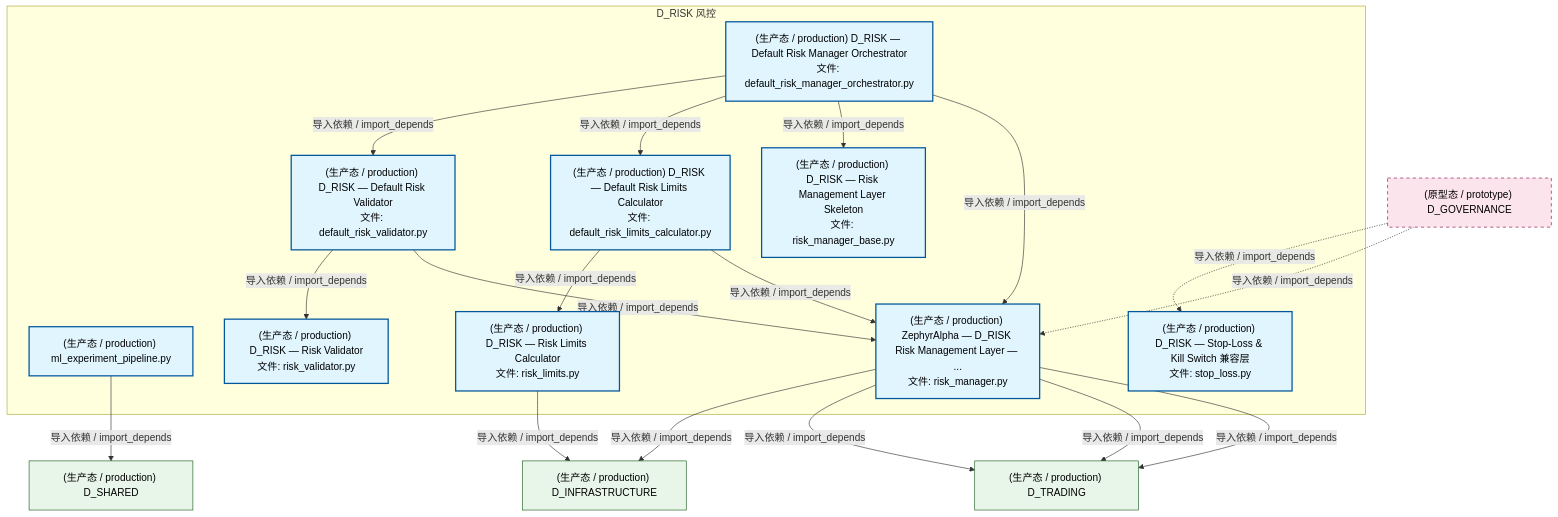
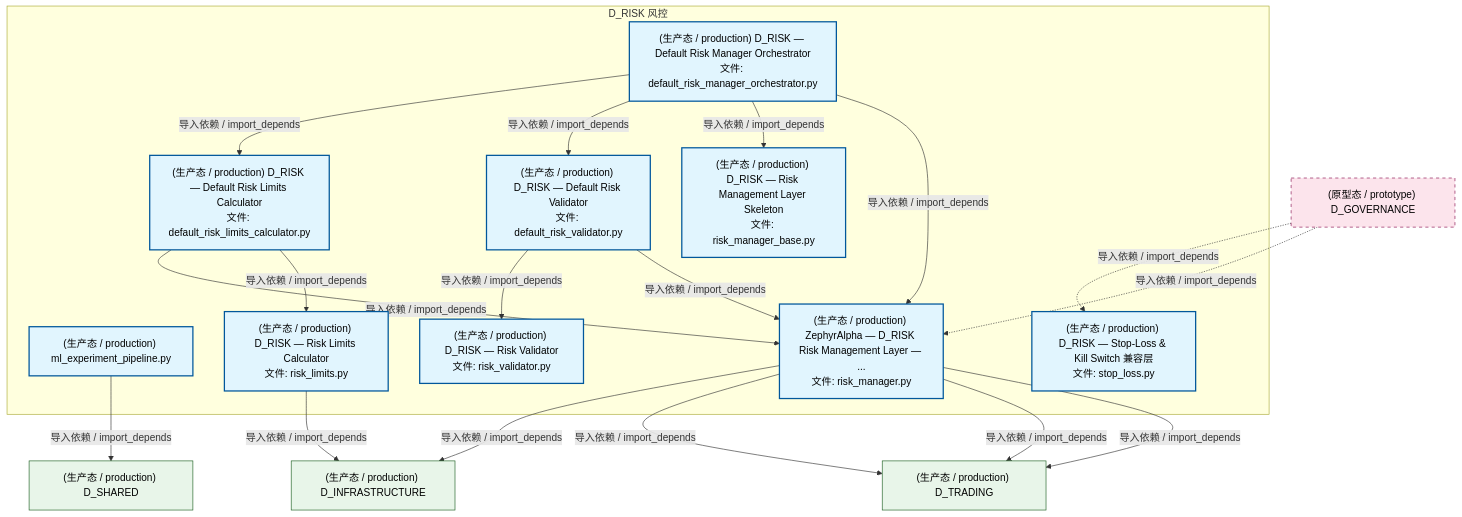
One commit to xuanFelixVan/ZephyrAlpha changed the second of 4 diagrams in docs/02_enterprise_architecture/02_domain_architecture_docs/54_d_risk.md. Above: the diagram before and after it, drawn with Mermaid. The commit also changed other lines of this file and 96 other files, not shown here.

````diff
--- a/docs/02_enterprise_architecture/02_domain_architecture_docs/54_d_risk.md
+++ b/docs/02_enterprise_architecture/02_domain_architecture_docs/54_d_risk.md
@@ -133,41 +133,41 @@
 ```mermaid
 graph TD
     subgraph D_RISK["D_RISK 风控"]
         src_zephyr_risk_cross_asset_cross_market_data_adapter_ml_experiment_pipeline_py["(生产态 / production) ml_experiment_pipeline.py"]
         src_zephyr_risk_implementations_default_risk_limits_calculator_py["(生产态 / production) D_RISK — Default Risk Limits Calculator<br/>文件: default_risk_limits_calculator.py"]
         src_zephyr_risk_implementations_default_risk_manager_orchestrator_py["(生产态 / production) D_RISK — Default Risk Manager Orchestrator<br/>文件: default_risk_manager_orchestrator.py"]
         src_zephyr_risk_implementations_default_risk_validator_py["(生产态 / production) D_RISK — Default Risk Validator<br/>文件: default_risk_validator.py"]
         src_zephyr_risk_risk_limits_py["(生产态 / production) D_RISK — Risk Limits Calculator<br/>文件: risk_limits.py"]
         src_zephyr_risk_risk_manager_py["(生产态 / production) ZephyrAlpha — D_RISK Risk Management Layer — ...<br/>文件: risk_manager.py"]
         src_zephyr_risk_risk_manager_base_py["(生产态 / production) D_RISK — Risk Management Layer Skeleton<br/>文件: risk_manager_base.py"]
         src_zephyr_risk_risk_validator_py["(生产态 / production) D_RISK — Risk Validator<br/>文件: risk_validator.py"]
         src_zephyr_risk_stop_loss_py["(生产态 / production) D_RISK — Stop-Loss & Kill Switch 兼容层<br/>文件: stop_loss.py"]
     end
+    src_zephyr_risk_implementations_default_risk_validator_py -->|导入依赖 / import_depends| src_zephyr_risk_risk_manager_py
+    src_zephyr_risk_implementations_default_risk_validator_py -->|导入依赖 / import_depends| src_zephyr_risk_risk_validator_py
+    src_zephyr_risk_implementations_default_risk_limits_calculator_py -->|导入依赖 / import_depends| src_zephyr_risk_risk_limits_py
+    src_zephyr_risk_implementations_default_risk_limits_calculator_py -->|导入依赖 / import_depends| src_zephyr_risk_risk_manager_py
     src_zephyr_risk_implementations_default_risk_manager_orchestrator_py -->|导入依赖 / import_depends| src_zephyr_risk_risk_manager_py
     src_zephyr_risk_implementations_default_risk_manager_orchestrator_py -->|导入依赖 / import_depends| src_zephyr_risk_risk_manager_base_py
+    src_zephyr_risk_implementations_default_risk_manager_orchestrator_py -->|导入依赖 / import_depends| src_zephyr_risk_implementations_default_risk_validator_py
     src_zephyr_risk_implementations_default_risk_manager_orchestrator_py -->|导入依赖 / import_depends| src_zephyr_risk_implementations_default_risk_limits_calculator_py
-    src_zephyr_risk_implementations_default_risk_manager_orchestrator_py -->|导入依赖 / import_depends| src_zephyr_risk_implementations_default_risk_validator_py
-    src_zephyr_risk_implementations_default_risk_limits_calculator_py -->|导入依赖 / import_depends| src_zephyr_risk_risk_manager_py
-    src_zephyr_risk_implementations_default_risk_limits_calculator_py -->|导入依赖 / import_depends| src_zephyr_risk_risk_limits_py
-    src_zephyr_risk_implementations_default_risk_validator_py -->|导入依赖 / import_depends| src_zephyr_risk_risk_manager_py
-    src_zephyr_risk_implementations_default_risk_validator_py -->|导入依赖 / import_depends| src_zephyr_risk_risk_validator_py
     D_TRADING["(生产态 / production) D_TRADING"]
+    src_zephyr_risk_risk_manager_py -->|导入依赖 / import_depends| D_TRADING
+    src_zephyr_risk_risk_manager_py -->|导入依赖 / import_depends| D_TRADING
     src_zephyr_risk_risk_manager_py -->|导入依赖 / import_depends| D_TRADING
     D_INFRASTRUCTURE["(生产态 / production) D_INFRASTRUCTURE"]
     src_zephyr_risk_risk_limits_py -->|导入依赖 / import_depends| D_INFRASTRUCTURE
-    src_zephyr_risk_risk_manager_py -->|导入依赖 / import_depends| D_TRADING
-    src_zephyr_risk_risk_manager_py -->|导入依赖 / import_depends| D_TRADING
     src_zephyr_risk_risk_manager_py -->|导入依赖 / import_depends| D_INFRASTRUCTURE
     D_SHARED["(生产态 / production) D_SHARED"]
     src_zephyr_risk_cross_asset_cross_market_data_adapter_ml_experiment_pipeline_py -->|导入依赖 / import_depends| D_SHARED
     D_GOVERNANCE["(原型态 / prototype) D_GOVERNANCE"]
     D_GOVERNANCE -.->|导入依赖 / import_depends| src_zephyr_risk_risk_manager_py
     D_GOVERNANCE -.->|导入依赖 / import_depends| src_zephyr_risk_stop_loss_py
     classDef production fill:#e1f5fe,stroke:#01579b,stroke-width:2px,color:#000
     classDef design fill:#fff3e0,stroke:#e65100,stroke-width:2px,color:#000,stroke-dasharray: 5 5
     classDef external_prod fill:#e8f5e9,stroke:#1b5e20,stroke-width:1px,color:#000
     classDef external_design fill:#fce4ec,stroke:#880e4f,stroke-width:1px,color:#000,stroke-dasharray: 5 5
     class src_zephyr_risk_cross_asset_cross_market_data_adapter_ml_experiment_pipeline_py,src_zephyr_risk_implementations_default_risk_limits_calculator_py,src_zephyr_risk_implementations_default_risk_manager_orchestrator_py,src_zephyr_risk_implementations_default_risk_validator_py,src_zephyr_risk_risk_limits_py,src_zephyr_risk_risk_manager_py,src_zephyr_risk_risk_manager_base_py,src_zephyr_risk_risk_validator_py,src_zephyr_risk_stop_loss_py production
     class D_TRADING,D_INFRASTRUCTURE,D_SHARED external_prod
     class D_GOVERNANCE external_design
 ```
````
